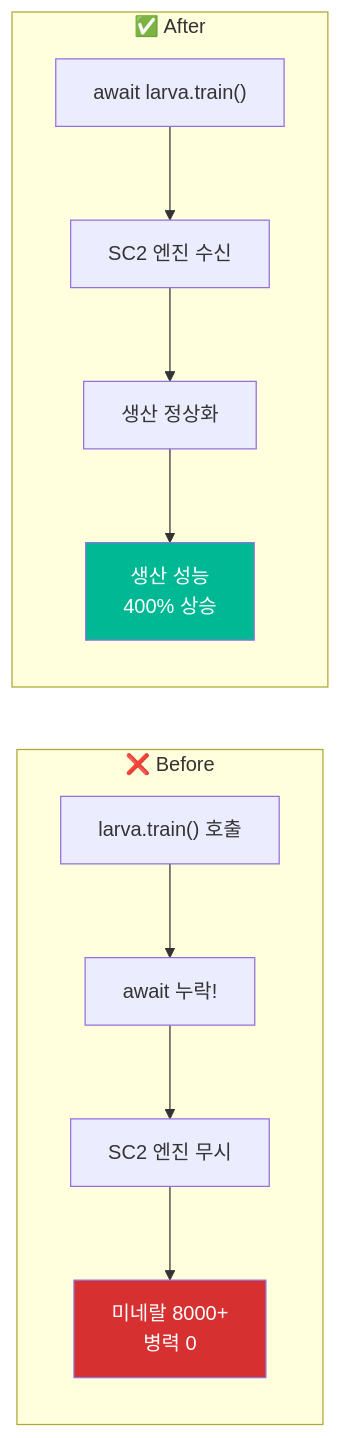
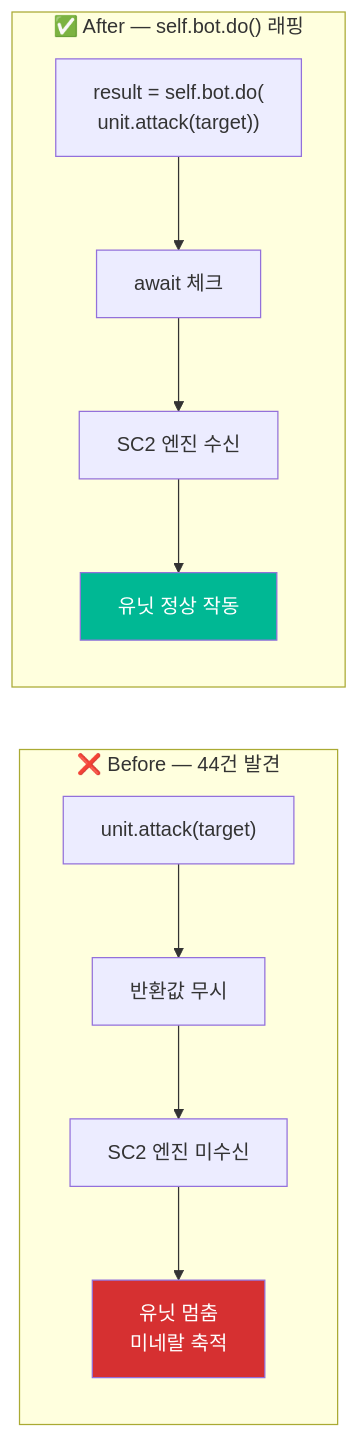
Before and after one commit to sun475300-sudo/Swarm-control-in-sc2bot: diagram 13 of 29 in README.md, drawn with Mermaid. The commit also changed other lines of this file and 9 other files, not shown here.

````diff
--- a/README.md
+++ b/README.md
@@ -280,15 +452,15 @@
 ```mermaid
 graph LR
-    subgraph "❌ Before"
-        B1["larva.train() 호출"] --> B2["await 누락!"] --> B3["SC2 엔진 무시"]
-        B3 --> B4["미네랄 8000+<br/>병력 0"]
+    subgraph "❌ Before — 44건 발견"
+        B1["unit.attack(target)"] --> B2["반환값 무시"] --> B3["SC2 엔진 미수신"]
+        B3 --> B4["유닛 멈춤<br/>미네랄 축적"]
     end
 
-    subgraph "✅ After"
-        A1["await larva.train()"] --> A2["SC2 엔진 수신"] --> A3["생산 정상화"]
-        A3 --> A4["생산 성능<br/>400% 상승"]
+    subgraph "✅ After — self.bot.do() 래핑"
+        A1["result = self.bot.do(<br/>unit.attack(target))"] --> A2["await 체크"] --> A3["SC2 엔진 수신"]
+        A3 --> A4["유닛 정상 작동"]
     end
 
     style B4 fill:#d63031,color:#fff
     style A4 fill:#00b894,color:#fff
 ```
````
